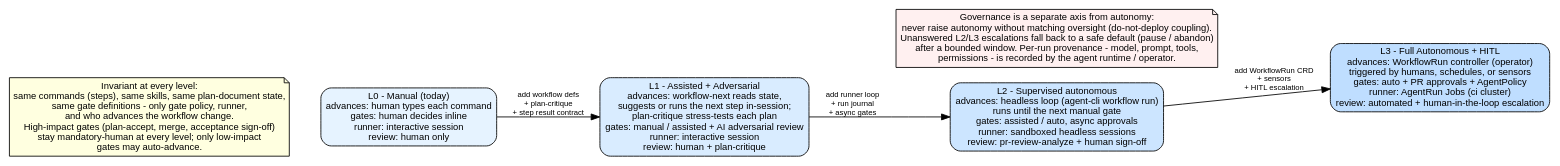
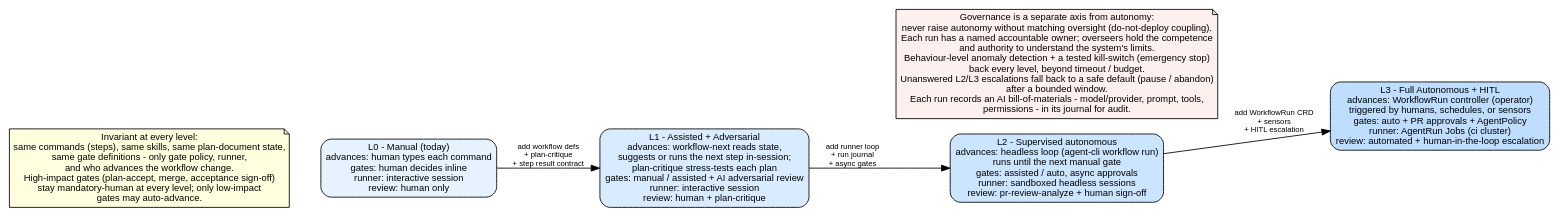
Before and after one commit to xonovex/platform: the diagram in packages/diagram/diagram-agent-workflow/maturity-ladder.dot, drawn with Graphviz. The commit also changed 12 other files, not shown here.

First line of the commit message:
docs: close the remaining best-practices-audit tail (governance/runtime + polish)

```diff
--- a/packages/diagram/diagram-agent-workflow/maturity-ladder.dot
+++ b/packages/diagram/diagram-agent-workflow/maturity-ladder.dot
@@ -1,22 +1,22 @@
 digraph AgenticMaturityLadder {
   // Progressive automation: what changes per level, and what never does.
   rankdir=LR;
   splines=polyline;
   node [shape=box, style="rounded,filled", fillcolor=white, fontname="Arial", fontsize=11];
   edge [fontname="Arial", fontsize=9];
 
   l0 [label="L0 - Manual (today)\nadvances: human types each command\ngates: human decides inline\nrunner: interactive session\nreview: human only", fillcolor="#e6f3ff"];
   l1 [label="L1 - Assisted + Adversarial\nadvances: workflow-next reads state,\nsuggests or runs the next step in-session;\nplan-critique stress-tests each plan\ngates: manual / assisted + AI adversarial review\nrunner: interactive session\nreview: human + plan-critique", fillcolor="#d9ecff"];
   l2 [label="L2 - Supervised autonomous\nadvances: headless loop (agent-cli workflow run)\nruns until the next manual gate\ngates: assisted / auto, async approvals\nrunner: sandboxed headless sessions\nreview: pr-review-analyze + human sign-off", fillcolor="#cce5ff"];
   l3 [label="L3 - Full Autonomous + HITL\nadvances: WorkflowRun controller (operator)\ntriggered by humans, schedules, or sensors\ngates: auto + PR approvals + AgentPolicy\nrunner: AgentRun Jobs (ci cluster)\nreview: automated + human-in-the-loop escalation", fillcolor="#bfdeff"];
 
   l0 -> l1 [label="add workflow defs\n+ plan-critique\n+ step result contract"];
   l1 -> l2 [label="add runner loop\n+ run journal\n+ async gates"];
   l2 -> l3 [label="add WorkflowRun CRD\n+ sensors\n+ HITL escalation"];
 
   invariant [label="Invariant at every level:\nsame commands (steps), same skills, same plan-document state,\nsame gate definitions - only gate policy, runner,\nand who advances the workflow change.\nHigh-impact gates (plan-accept, merge, acceptance sign-off)\nstay mandatory-human at every level; only low-impact\ngates may auto-advance.", shape=note, fillcolor=lightyellow];
   invariant -> l0 [style=invis];
 
-  governance [label="Governance is a separate axis from autonomy:\nnever raise autonomy without matching oversight (do-not-deploy coupling).\nUnanswered L2/L3 escalations fall back to a safe default (pause / abandon)\nafter a bounded window. Per-run provenance - model, prompt, tools,\npermissions - is recorded by the agent runtime / operator.", shape=note, fillcolor="#fff0f0"];
+  governance [label="Governance is a separate axis from autonomy:\nnever raise autonomy without matching oversight (do-not-deploy coupling).\nEach run has a named accountable owner; overseers hold the competence\nand authority to understand the system's limits.\nBehaviour-level anomaly detection + a tested kill-switch (emergency stop)\nback every level, beyond timeout / budget.\nUnanswered L2/L3 escalations fall back to a safe default (pause / abandon)\nafter a bounded window.\nEach run records an AI bill-of-materials - model/provider, prompt, tools,\npermissions - in its journal for audit.", shape=note, fillcolor="#fff0f0"];
   governance -> l3 [style=invis];
 }
```
